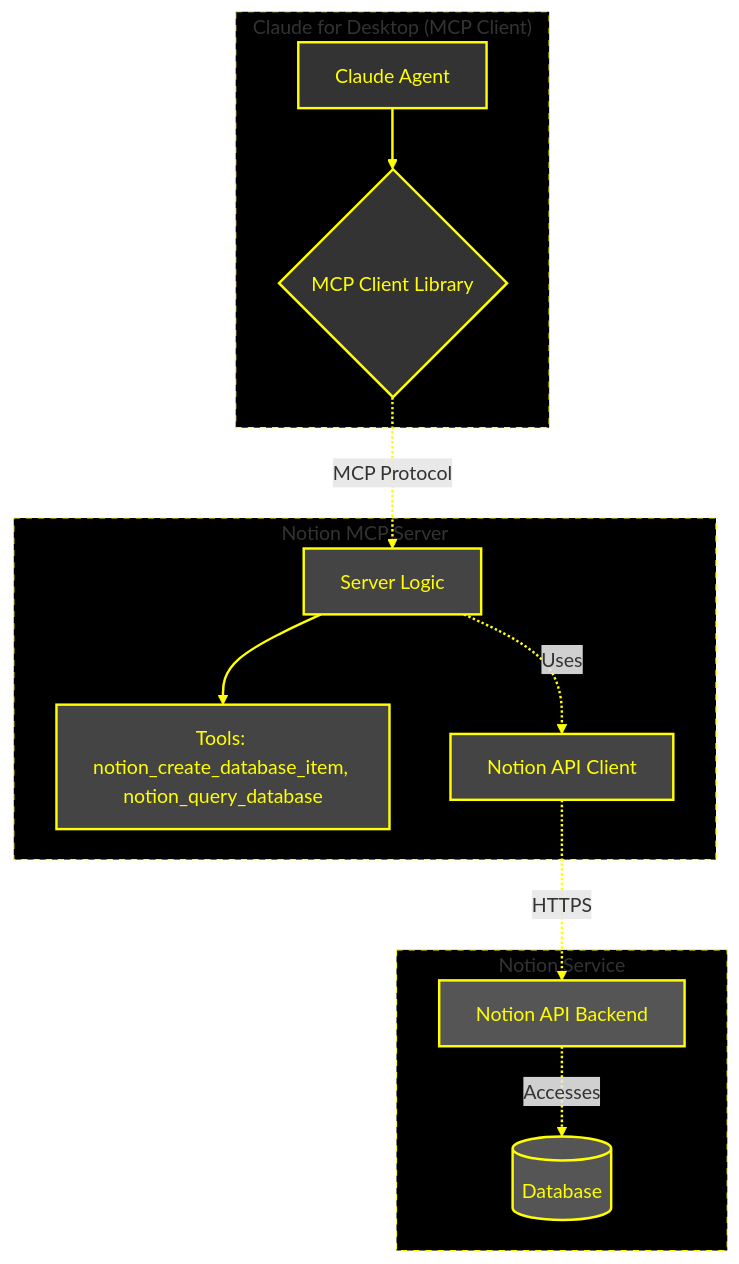
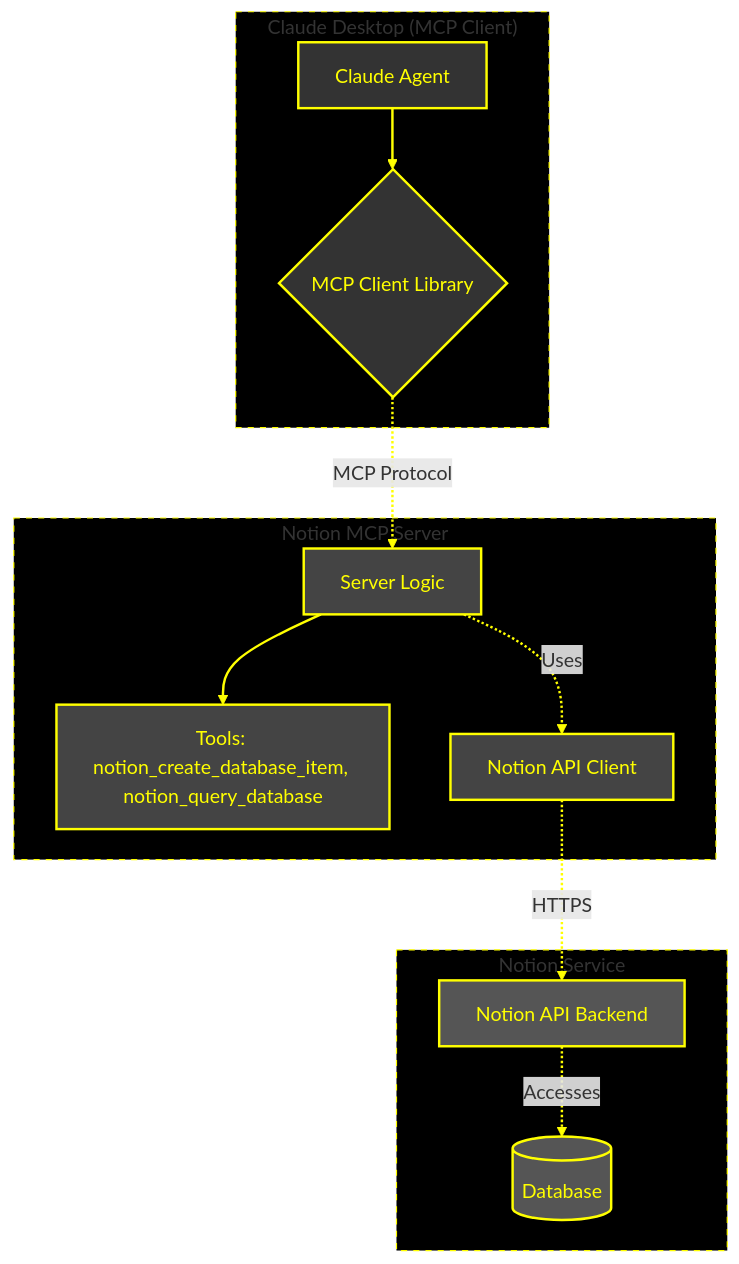
Before and after one commit to speakeasy-api/developer-docs: the second of 3 diagrams in mcp/ai-agents/real-world-examples.mdx, drawn with Mermaid. The commit also changed other lines of this file, not shown here.

Commit message:
Update Claude name in mermaid, real-world-examples.mdx

````diff
--- a/mcp/ai-agents/real-world-examples.mdx
+++ b/mcp/ai-agents/real-world-examples.mdx
@@ -82,40 +82,40 @@
 ```mermaid
 flowchart TB
     %% Define styles
     classDef clientNodeStyle fill:#333,stroke:#ff0,stroke-width:2px,color:#ff0
     classDef serverNodeStyle fill:#444,stroke:#ff0,stroke-width:2px,color:#ff0
     classDef serviceNodeStyle fill:#555,stroke:#ff0,stroke-width:2px,color:#ff0
 
     %% Client section
-    subgraph client["Claude for Desktop (MCP Client)"]
+    subgraph client["Claude Desktop (MCP Client)"]
         ClaudeAgent["Claude Agent"]:::clientNodeStyle
         ClaudeMCP{"MCP Client Library"}:::clientNodeStyle
         ClaudeAgent ==> ClaudeMCP
     end
 
     %% Server section
     subgraph server["Notion MCP Server"]
         NotionServerLogic["Server Logic"]:::serverNodeStyle
         NotionTools["Tools: notion_create_database_item, notion_query_database"]:::serverNodeStyle
         NotionAPIClient["Notion API Client"]:::serverNodeStyle
         NotionServerLogic ==> NotionTools
         NotionServerLogic -.->|"Uses"|NotionAPIClient
     end
 
     %% Service section
     subgraph service["Notion Service"]
         NotionAPIBackend["Notion API Backend"]:::serviceNodeStyle
         NotionDB[(Database)]:::serviceNodeStyle
         NotionAPIClient -.->|"HTTPS"|NotionAPIBackend
         NotionAPIBackend -.->|"Accesses"|NotionDB
     end
 
     %% Connection between components
     ClaudeMCP -.->|"MCP Protocol"|NotionServerLogic
 
     %% Apply consistent styling
     linkStyle default stroke:#ff0,stroke-width:2px
     style client fill:#000,stroke:#ff0,stroke-dasharray: 5 5
     style server fill:#000,stroke:#ff0,stroke-dasharray: 5 5
     style service fill:#000,stroke:#ff0,stroke-dasharray: 5 5
 ```
````
